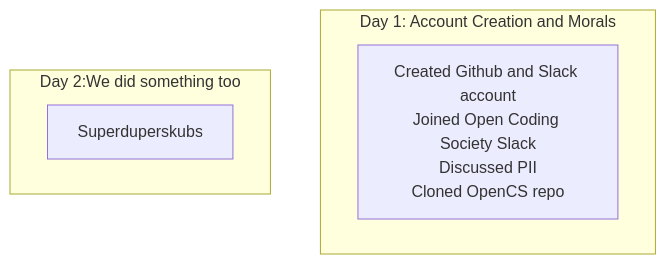
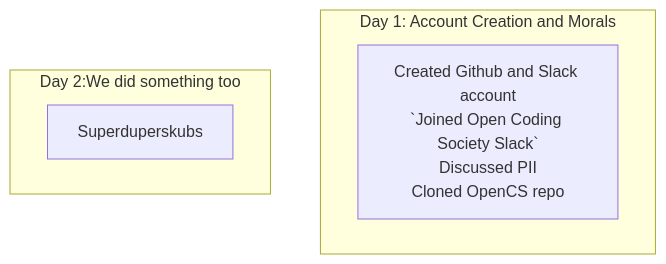
Before and after one commit to rsharma5128/student: the second of 2 diagrams in _posts/Foundation/B-tools_and_equipment/2025-11-21-tools_quest.md, drawn with Mermaid.

Commit message:
attempting markdown formatting in mermaid

````diff
--- a/_posts/Foundation/B-tools_and_equipment/2025-11-21-tools_quest.md
+++ b/_posts/Foundation/B-tools_and_equipment/2025-11-21-tools_quest.md
@@ -59,9 +59,9 @@
 ```mermaid
 flowchart TD
     subgraph Day_1[Day 1: Account Creation and Morals]
-        A[Created Github and Slack account<br/>Joined Open Coding Society Slack<br/>Discussed PII<br/>Cloned OpenCS repo]:::dayuno
+        A[Created Github and Slack account<br/>`Joined Open Coding Society Slack`<br/>Discussed PII<br/>Cloned OpenCS repo]:::dayuno
 end
     subgraph Day_2[Day 2:We did something too]
         B[Superduperskubs]:::daydos
 end
 ```
````
